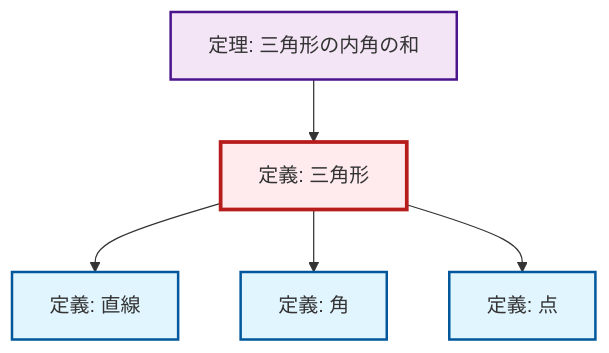
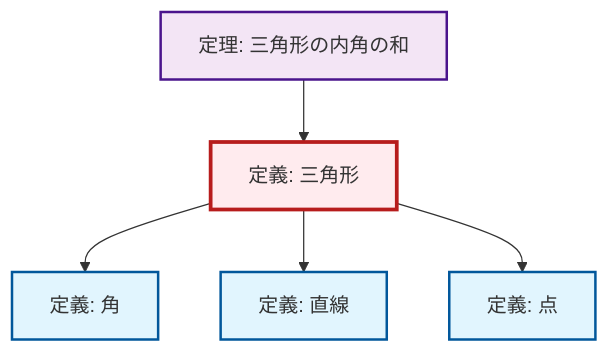
One commit to RK0429/ModernMath changed the diagram in content/ja/geometry/def-triangle.qmd. Above: the diagram before and after it, drawn with Mermaid. The commit also changed 672 other files, not shown here.

````diff
--- a/content/ja/geometry/def-triangle.qmd
+++ b/content/ja/geometry/def-triangle.qmd
@@ -60,23 +60,23 @@
 ```{mermaid}
-%%| fig-cap: "Local dependency graph"
+%%| fig-cap: "ローカル依存関係グラフ"
 graph TD
     classDef definition fill:#e1f5fe,stroke:#01579b,stroke-width:2px
     classDef theorem fill:#f3e5f5,stroke:#4a148c,stroke-width:2px
     classDef axiom fill:#fff3e0,stroke:#e65100,stroke-width:2px
     classDef example fill:#e8f5e9,stroke:#1b5e20,stroke-width:2px
     classDef current fill:#ffebee,stroke:#b71c1c,stroke-width:3px
+    def-line["定義: 直線"]:::definition
     def-triangle["定義: 三角形"]:::definition
     def-angle["定義: 角"]:::definition
+    def-point["定義: 点"]:::definition
     thm-angle-sum-triangle["定理: 三角形の内角の和"]:::theorem
-    def-line["定義: 直線"]:::definition
-    def-point["定義: 点"]:::definition
+    def-triangle --> def-angle
     def-triangle --> def-line
+    def-triangle --> def-point
     thm-angle-sum-triangle --> def-triangle
-    def-triangle --> def-angle
-    def-triangle --> def-point
     class def-triangle current
+    click def-line "def-line.html" "直線の定義へ"
     click def-angle "def-angle.html" "角の定義へ"
+    click def-point "def-point.html" "点の定義へ"
     click thm-angle-sum-triangle "thm-angle-sum-triangle.html" "三角形の内角の和の定理へ"
-    click def-line "def-line.html" "直線の定義へ"
-    click def-point "def-point.html" "点の定義へ"
 ```
````
